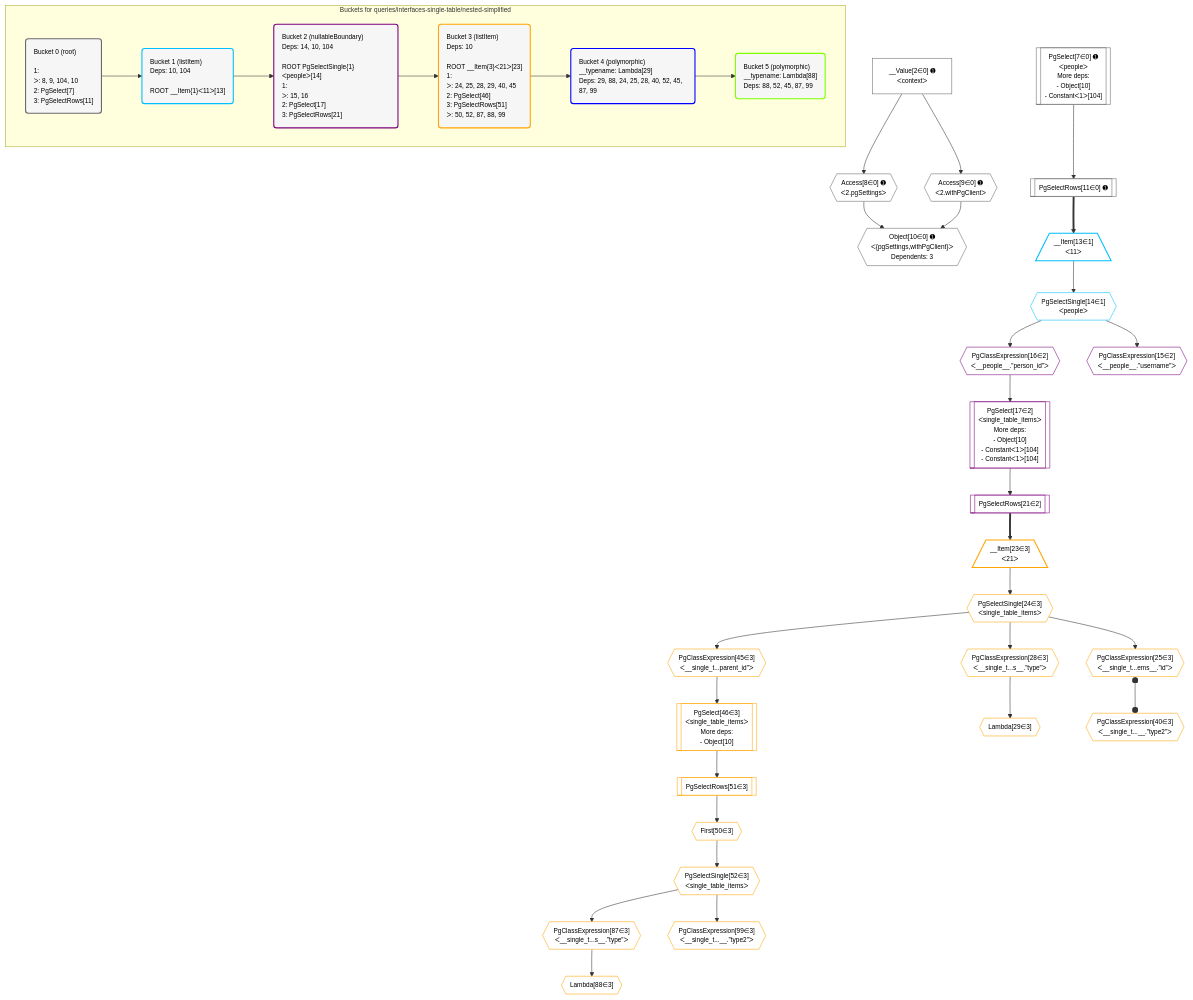
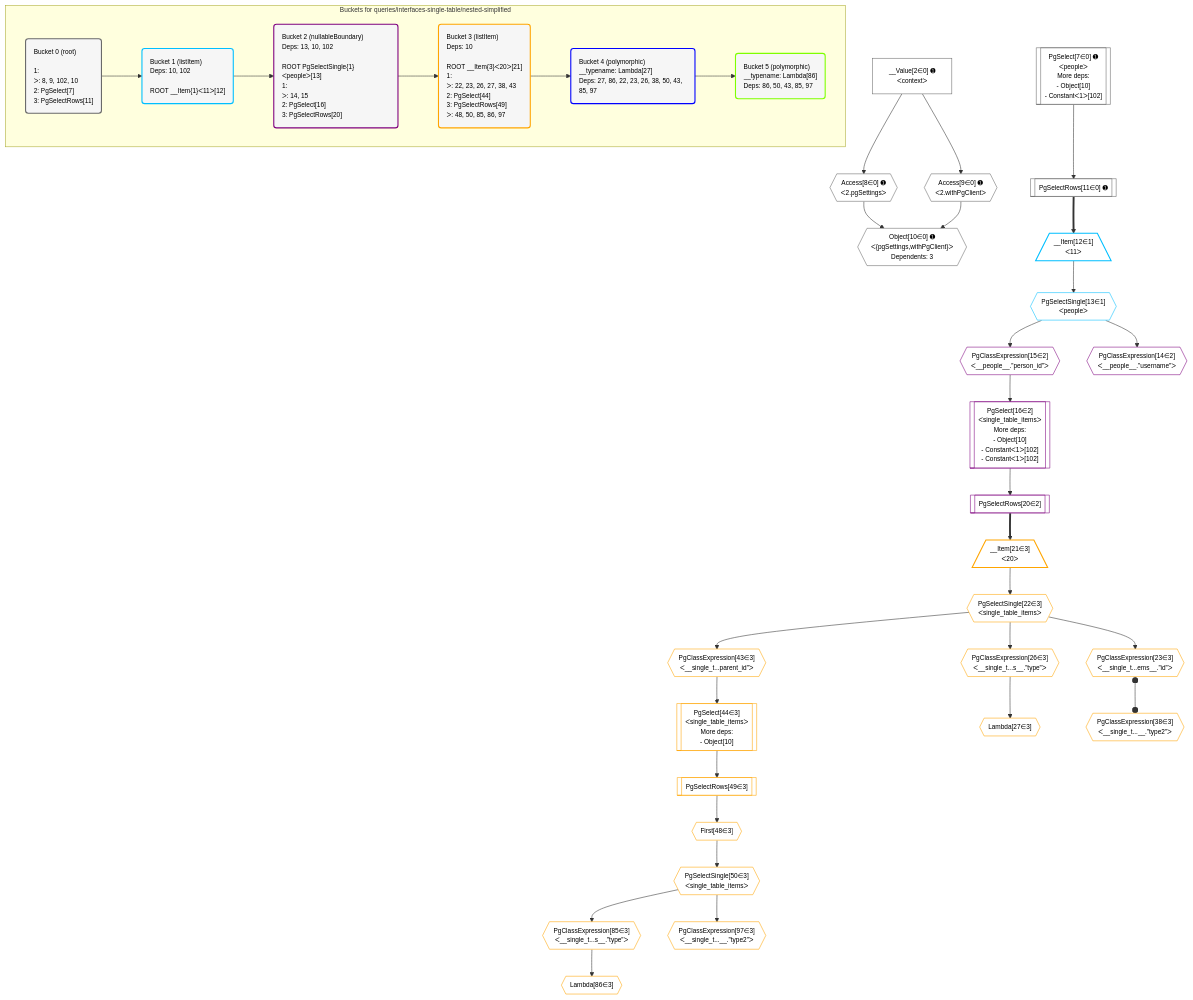
Before and after one commit to benjaie/crystal: the diagram in grafast/dataplan-pg/__tests__/queries/interfaces-single-table/nested-simplified.deopt.mermaid, drawn with Mermaid. The commit also changed 295 other files, not shown here.

```diff
--- a/grafast/dataplan-pg/__tests__/queries/interfaces-single-table/nested-simplified.deopt.mermaid
+++ b/grafast/dataplan-pg/__tests__/queries/interfaces-single-table/nested-simplified.deopt.mermaid
@@ -1,88 +1,88 @@
 %%{init: {'themeVariables': { 'fontSize': '12px'}}}%%
 graph TD
     classDef path fill:#eee,stroke:#000,color:#000
     classDef plan fill:#fff,stroke-width:1px,color:#000
     classDef itemplan fill:#fff,stroke-width:2px,color:#000
     classDef unbatchedplan fill:#dff,stroke-width:1px,color:#000
     classDef sideeffectplan fill:#fcc,stroke-width:2px,color:#000
     classDef bucket fill:#f6f6f6,color:#000,stroke-width:2px,text-align:left
 
     subgraph "Buckets for queries/interfaces-single-table/nested-simplified"
-    Bucket0("Bucket 0 (root)<br /><br />1: <br />ᐳ: 8, 9, 104, 10<br />2: PgSelect[7]<br />3: PgSelectRows[11]"):::bucket
-    Bucket1("Bucket 1 (listItem)<br />Deps: 10, 104<br /><br />ROOT __Item{1}ᐸ11ᐳ[13]"):::bucket
-    Bucket2("Bucket 2 (nullableBoundary)<br />Deps: 14, 10, 104<br /><br />ROOT PgSelectSingle{1}ᐸpeopleᐳ[14]<br />1: <br />ᐳ: 15, 16<br />2: PgSelect[17]<br />3: PgSelectRows[21]"):::bucket
-    Bucket3("Bucket 3 (listItem)<br />Deps: 10<br /><br />ROOT __Item{3}ᐸ21ᐳ[23]<br />1: <br />ᐳ: 24, 25, 28, 29, 40, 45<br />2: PgSelect[46]<br />3: PgSelectRows[51]<br />ᐳ: 50, 52, 87, 88, 99"):::bucket
-    Bucket4("Bucket 4 (polymorphic)<br />__typename: Lambda[29]<br />Deps: 29, 88, 24, 25, 28, 40, 52, 45, 87, 99"):::bucket
-    Bucket5("Bucket 5 (polymorphic)<br />__typename: Lambda[88]<br />Deps: 88, 52, 45, 87, 99"):::bucket
+    Bucket0("Bucket 0 (root)<br /><br />1: <br />ᐳ: 8, 9, 102, 10<br />2: PgSelect[7]<br />3: PgSelectRows[11]"):::bucket
+    Bucket1("Bucket 1 (listItem)<br />Deps: 10, 102<br /><br />ROOT __Item{1}ᐸ11ᐳ[12]"):::bucket
+    Bucket2("Bucket 2 (nullableBoundary)<br />Deps: 13, 10, 102<br /><br />ROOT PgSelectSingle{1}ᐸpeopleᐳ[13]<br />1: <br />ᐳ: 14, 15<br />2: PgSelect[16]<br />3: PgSelectRows[20]"):::bucket
+    Bucket3("Bucket 3 (listItem)<br />Deps: 10<br /><br />ROOT __Item{3}ᐸ20ᐳ[21]<br />1: <br />ᐳ: 22, 23, 26, 27, 38, 43<br />2: PgSelect[44]<br />3: PgSelectRows[49]<br />ᐳ: 48, 50, 85, 86, 97"):::bucket
+    Bucket4("Bucket 4 (polymorphic)<br />__typename: Lambda[27]<br />Deps: 27, 86, 22, 23, 26, 38, 50, 43, 85, 97"):::bucket
+    Bucket5("Bucket 5 (polymorphic)<br />__typename: Lambda[86]<br />Deps: 86, 50, 43, 85, 97"):::bucket
     end
     Bucket0 --> Bucket1
     Bucket1 --> Bucket2
     Bucket2 --> Bucket3
     Bucket3 --> Bucket4
     Bucket4 --> Bucket5
 
     %% plan dependencies
-    PgSelect7[["PgSelect[7∈0] ➊<br />ᐸpeopleᐳ<br />More deps:<br />- Object[10]<br />- Constantᐸ1ᐳ[104]"]]:::plan
+    PgSelect7[["PgSelect[7∈0] ➊<br />ᐸpeopleᐳ<br />More deps:<br />- Object[10]<br />- Constantᐸ1ᐳ[102]"]]:::plan
     Object10{{"Object[10∈0] ➊<br />ᐸ{pgSettings,withPgClient}ᐳ<br />Dependents: 3"}}:::plan
     Access8{{"Access[8∈0] ➊<br />ᐸ2.pgSettingsᐳ"}}:::plan
     Access9{{"Access[9∈0] ➊<br />ᐸ2.withPgClientᐳ"}}:::plan
     Access8 & Access9 --> Object10
     __Value2["__Value[2∈0] ➊<br />ᐸcontextᐳ"]:::plan
     __Value2 --> Access8
     __Value2 --> Access9
     PgSelectRows11[["PgSelectRows[11∈0] ➊"]]:::plan
     PgSelect7 --> PgSelectRows11
-    __Item13[/"__Item[13∈1]<br />ᐸ11ᐳ"\]:::itemplan
-    PgSelectRows11 ==> __Item13
-    PgSelectSingle14{{"PgSelectSingle[14∈1]<br />ᐸpeopleᐳ"}}:::plan
-    __Item13 --> PgSelectSingle14
-    PgSelect17[["PgSelect[17∈2]<br />ᐸsingle_table_itemsᐳ<br />More deps:<br />- Object[10]<br />- Constantᐸ1ᐳ[104]<br />- Constantᐸ1ᐳ[104]"]]:::plan
-    PgClassExpression16{{"PgClassExpression[16∈2]<br />ᐸ__people__.”person_id”ᐳ"}}:::plan
-    PgClassExpression16 --> PgSelect17
-    PgClassExpression15{{"PgClassExpression[15∈2]<br />ᐸ__people__.”username”ᐳ"}}:::plan
-    PgSelectSingle14 --> PgClassExpression15
-    PgSelectSingle14 --> PgClassExpression16
-    PgSelectRows21[["PgSelectRows[21∈2]"]]:::plan
-    PgSelect17 --> PgSelectRows21
-    PgSelect46[["PgSelect[46∈3]<br />ᐸsingle_table_itemsᐳ<br />More deps:<br />- Object[10]"]]:::plan
-    PgClassExpression45{{"PgClassExpression[45∈3]<br />ᐸ__single_t...parent_id”ᐳ"}}:::plan
-    PgClassExpression45 --> PgSelect46
-    __Item23[/"__Item[23∈3]<br />ᐸ21ᐳ"\]:::itemplan
-    PgSelectRows21 ==> __Item23
-    PgSelectSingle24{{"PgSelectSingle[24∈3]<br />ᐸsingle_table_itemsᐳ"}}:::plan
-    __Item23 --> PgSelectSingle24
-    PgClassExpression25{{"PgClassExpression[25∈3]<br />ᐸ__single_t...ems__.”id”ᐳ"}}:::plan
-    PgSelectSingle24 --> PgClassExpression25
-    PgClassExpression28{{"PgClassExpression[28∈3]<br />ᐸ__single_t...s__.”type”ᐳ"}}:::plan
-    PgSelectSingle24 --> PgClassExpression28
-    Lambda29{{"Lambda[29∈3]"}}:::plan
-    PgClassExpression28 --> Lambda29
-    PgClassExpression40{{"PgClassExpression[40∈3]<br />ᐸ__single_t...__.”type2”ᐳ"}}:::plan
-    PgClassExpression25 o--o PgClassExpression40
-    PgSelectSingle24 --> PgClassExpression45
-    First50{{"First[50∈3]"}}:::plan
-    PgSelectRows51[["PgSelectRows[51∈3]"]]:::plan
-    PgSelectRows51 --> First50
-    PgSelect46 --> PgSelectRows51
-    PgSelectSingle52{{"PgSelectSingle[52∈3]<br />ᐸsingle_table_itemsᐳ"}}:::plan
-    First50 --> PgSelectSingle52
-    PgClassExpression87{{"PgClassExpression[87∈3]<br />ᐸ__single_t...s__.”type”ᐳ"}}:::plan
-    PgSelectSingle52 --> PgClassExpression87
-    Lambda88{{"Lambda[88∈3]"}}:::plan
-    PgClassExpression87 --> Lambda88
-    PgClassExpression99{{"PgClassExpression[99∈3]<br />ᐸ__single_t...__.”type2”ᐳ"}}:::plan
-    PgSelectSingle52 --> PgClassExpression99
+    __Item12[/"__Item[12∈1]<br />ᐸ11ᐳ"\]:::itemplan
+    PgSelectRows11 ==> __Item12
+    PgSelectSingle13{{"PgSelectSingle[13∈1]<br />ᐸpeopleᐳ"}}:::plan
+    __Item12 --> PgSelectSingle13
+    PgSelect16[["PgSelect[16∈2]<br />ᐸsingle_table_itemsᐳ<br />More deps:<br />- Object[10]<br />- Constantᐸ1ᐳ[102]<br />- Constantᐸ1ᐳ[102]"]]:::plan
+    PgClassExpression15{{"PgClassExpression[15∈2]<br />ᐸ__people__.”person_id”ᐳ"}}:::plan
+    PgClassExpression15 --> PgSelect16
+    PgClassExpression14{{"PgClassExpression[14∈2]<br />ᐸ__people__.”username”ᐳ"}}:::plan
+    PgSelectSingle13 --> PgClassExpression14
+    PgSelectSingle13 --> PgClassExpression15
+    PgSelectRows20[["PgSelectRows[20∈2]"]]:::plan
+    PgSelect16 --> PgSelectRows20
+    PgSelect44[["PgSelect[44∈3]<br />ᐸsingle_table_itemsᐳ<br />More deps:<br />- Object[10]"]]:::plan
+    PgClassExpression43{{"PgClassExpression[43∈3]<br />ᐸ__single_t...parent_id”ᐳ"}}:::plan
+    PgClassExpression43 --> PgSelect44
+    __Item21[/"__Item[21∈3]<br />ᐸ20ᐳ"\]:::itemplan
+    PgSelectRows20 ==> __Item21
+    PgSelectSingle22{{"PgSelectSingle[22∈3]<br />ᐸsingle_table_itemsᐳ"}}:::plan
+    __Item21 --> PgSelectSingle22
+    PgClassExpression23{{"PgClassExpression[23∈3]<br />ᐸ__single_t...ems__.”id”ᐳ"}}:::plan
+    PgSelectSingle22 --> PgClassExpression23
+    PgClassExpression26{{"PgClassExpression[26∈3]<br />ᐸ__single_t...s__.”type”ᐳ"}}:::plan
+    PgSelectSingle22 --> PgClassExpression26
+    Lambda27{{"Lambda[27∈3]"}}:::plan
+    PgClassExpression26 --> Lambda27
+    PgClassExpression38{{"PgClassExpression[38∈3]<br />ᐸ__single_t...__.”type2”ᐳ"}}:::plan
+    PgClassExpression23 o--o PgClassExpression38
+    PgSelectSingle22 --> PgClassExpression43
+    First48{{"First[48∈3]"}}:::plan
+    PgSelectRows49[["PgSelectRows[49∈3]"]]:::plan
+    PgSelectRows49 --> First48
+    PgSelect44 --> PgSelectRows49
+    PgSelectSingle50{{"PgSelectSingle[50∈3]<br />ᐸsingle_table_itemsᐳ"}}:::plan
+    First48 --> PgSelectSingle50
+    PgClassExpression85{{"PgClassExpression[85∈3]<br />ᐸ__single_t...s__.”type”ᐳ"}}:::plan
+    PgSelectSingle50 --> PgClassExpression85
+    Lambda86{{"Lambda[86∈3]"}}:::plan
+    PgClassExpression85 --> Lambda86
+    PgClassExpression97{{"PgClassExpression[97∈3]<br />ᐸ__single_t...__.”type2”ᐳ"}}:::plan
+    PgSelectSingle50 --> PgClassExpression97
 
     %% define steps
     classDef bucket0 stroke:#696969
     class Bucket0,__Value2,PgSelect7,Access8,Access9,Object10,PgSelectRows11 bucket0
     classDef bucket1 stroke:#00bfff
-    class Bucket1,__Item13,PgSelectSingle14 bucket1
+    class Bucket1,__Item12,PgSelectSingle13 bucket1
     classDef bucket2 stroke:#7f007f
-    class Bucket2,PgClassExpression15,PgClassExpression16,PgSelect17,PgSelectRows21 bucket2
+    class Bucket2,PgClassExpression14,PgClassExpression15,PgSelect16,PgSelectRows20 bucket2
     classDef bucket3 stroke:#ffa500
-    class Bucket3,__Item23,PgSelectSingle24,PgClassExpression25,PgClassExpression28,Lambda29,PgClassExpression40,PgClassExpression45,PgSelect46,First50,PgSelectRows51,PgSelectSingle52,PgClassExpression87,Lambda88,PgClassExpression99 bucket3
+    class Bucket3,__Item21,PgSelectSingle22,PgClassExpression23,PgClassExpression26,Lambda27,PgClassExpression38,PgClassExpression43,PgSelect44,First48,PgSelectRows49,PgSelectSingle50,PgClassExpression85,Lambda86,PgClassExpression97 bucket3
     classDef bucket4 stroke:#0000ff
     class Bucket4 bucket4
     classDef bucket5 stroke:#7fff00
     class Bucket5 bucket5
```
